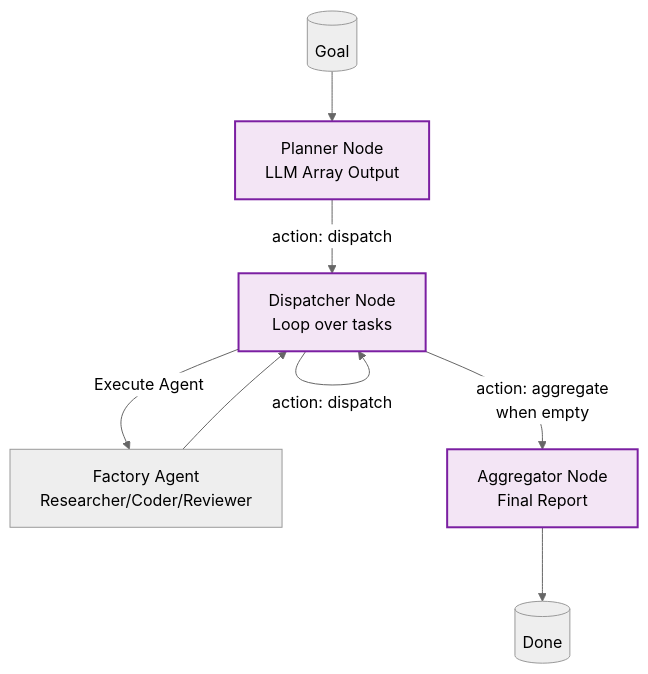
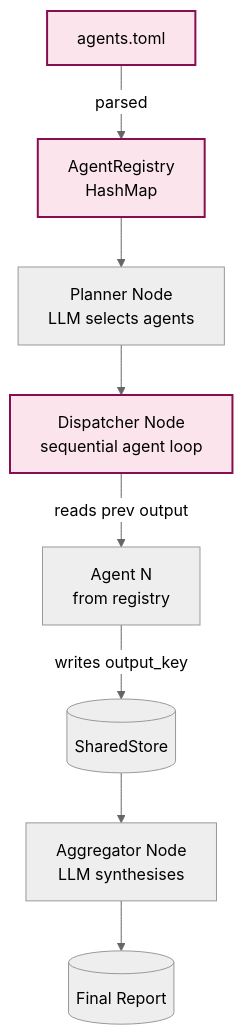
One commit to EzekTec-Inc/AgentFlow changed the diagram in examples/DYNAMIC_ORCHESTRATOR.md. Above: the diagram before and after it, drawn with Mermaid (neutral theme). The commit also changed other lines of this file and 23 other files, not shown here.

````diff
--- a/examples/DYNAMIC_ORCHESTRATOR.md
+++ b/examples/DYNAMIC_ORCHESTRATOR.md
@@ -294,13 +56,13 @@
 ```mermaid
 graph TD
-    Start[(Goal)] --> Planner[Planner Node<br>LLM Array Output]
-    Planner -->|action: dispatch| Dispatcher[Dispatcher Node<br>Loop over tasks]
-    Dispatcher -->|action: dispatch| Dispatcher
-    Dispatcher -->|Execute Agent| SubAgent[Factory Agent<br>Researcher/Coder/Reviewer]
-    SubAgent --> Dispatcher
-    Dispatcher -->|action: aggregate<br>when empty| Aggregator[Aggregator Node<br>Final Report]
-    Aggregator --> End[(Done)]
-    
-    classDef flow fill:#f3e5f5,stroke:#7b1fa2,stroke-width:2px;
-    class Planner,Dispatcher,Aggregator flow;
+    TOML[agents.toml] -->|parsed| Registry[AgentRegistry<br>HashMap]
+    Registry --> Planner[Planner Node<br>LLM selects agents]
+    Planner --> Dispatcher[Dispatcher Node<br>sequential agent loop]
+    Dispatcher -->|reads prev output| AgentN[Agent N<br>from registry]
+    AgentN -->|writes output_key| Store[(SharedStore)]
+    Store --> Aggregator[Aggregator Node<br>LLM synthesises]
+    Aggregator --> Report[(Final Report)]
+
+    classDef dynamic fill:#fce4ec,stroke:#880e4f,stroke-width:2px;
+    class TOML,Registry,Dispatcher dynamic;
 ```
````
